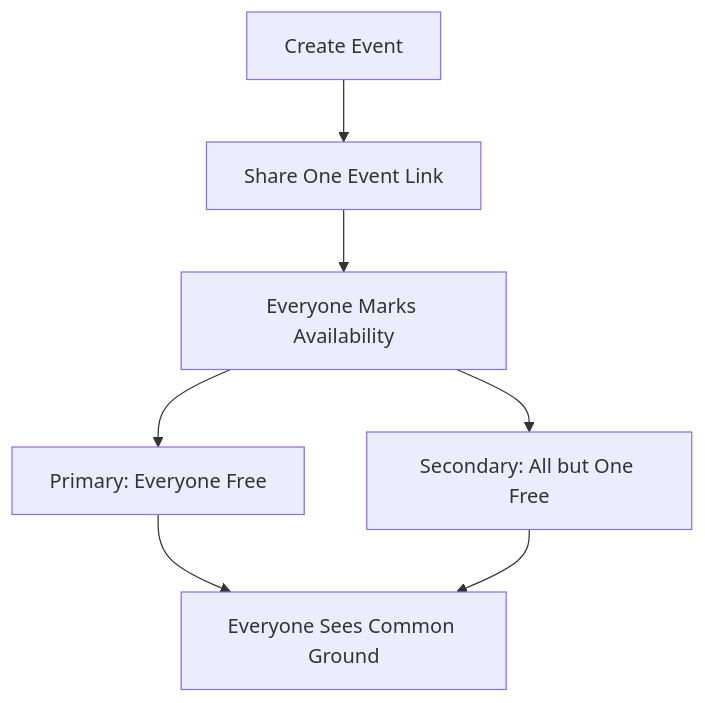
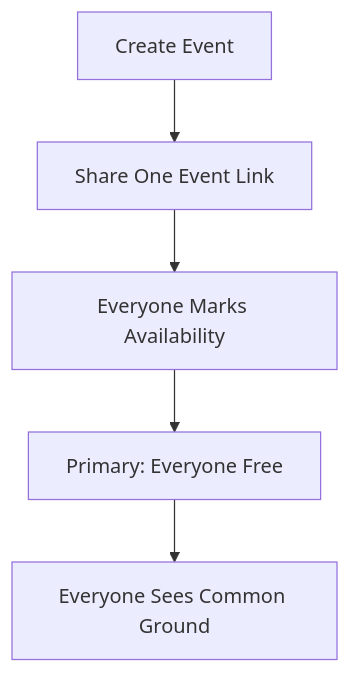
The diagram in README.md (jimmy181211/whenkin), drawn with Mermaid before and after one commit. The commit also changed other lines of this file and 28 other files, not shown here.

````diff
--- a/README.md
+++ b/README.md
@@ -26,9 +25,7 @@
 ```mermaid
 flowchart TD
   C["Create Event"] --> L["Share One Event Link"]
   L --> R["Everyone Marks Availability"]
   R --> P["Primary: Everyone Free"]
-  R --> S["Secondary: All but One Free"]
   P --> G["Everyone Sees Common Ground"]
-  S --> G
 ```
````
